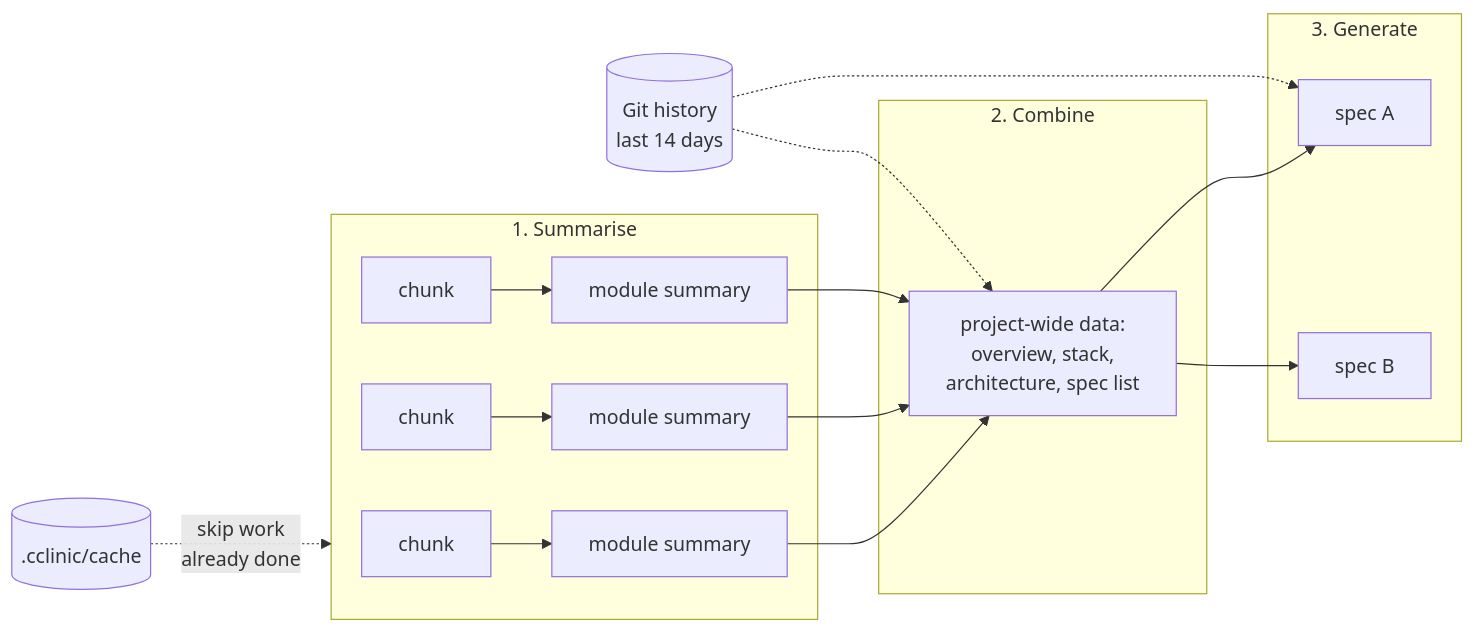
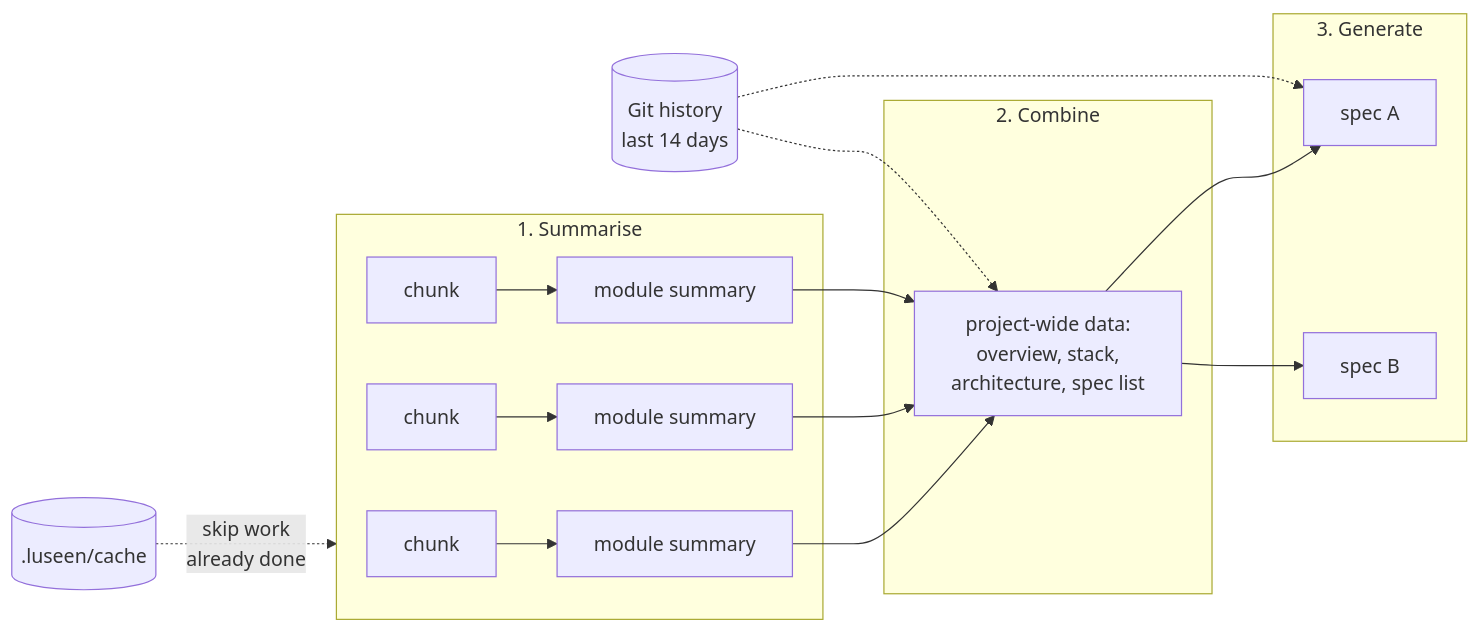
One commit to Hayko97/cclinic changed the third of 5 diagrams in SETUP_FLOW.md. Above: the diagram before and after it, drawn with Mermaid. The commit also changed other lines of this file and 311 other files, not shown here.

````diff
--- a/SETUP_FLOW.md
+++ b/SETUP_FLOW.md
@@ -75,18 +75,18 @@
 ```mermaid
 flowchart LR
     subgraph Stage1[1. Summarise]
         C1[chunk] --> S1[module summary]
         C2[chunk] --> S2[module summary]
         C3[chunk] --> S3[module summary]
     end
     subgraph Stage2[2. Combine]
         S1 & S2 & S3 --> P[project-wide data:<br/>overview, stack,<br/>architecture, spec list]
     end
     subgraph Stage3[3. Generate]
         P --> SP1[spec A]
         P --> SP2[spec B]
     end
     H[(Git history<br/>last 14 days)] -.-> P
     H -.-> SP1
-    Cache[(.cclinic/cache)] -.->|skip work<br/>already done| Stage1
+    Cache[(.luseen/cache)] -.->|skip work<br/>already done| Stage1
 ```
````
